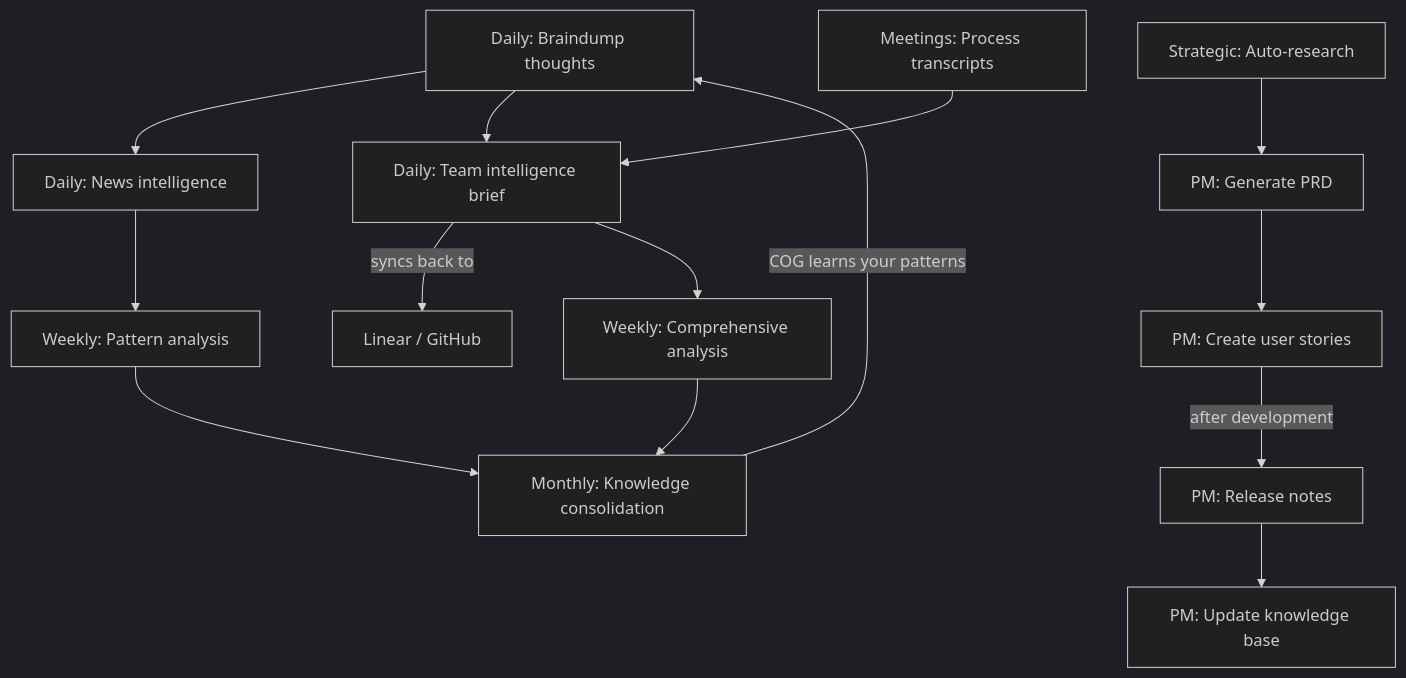
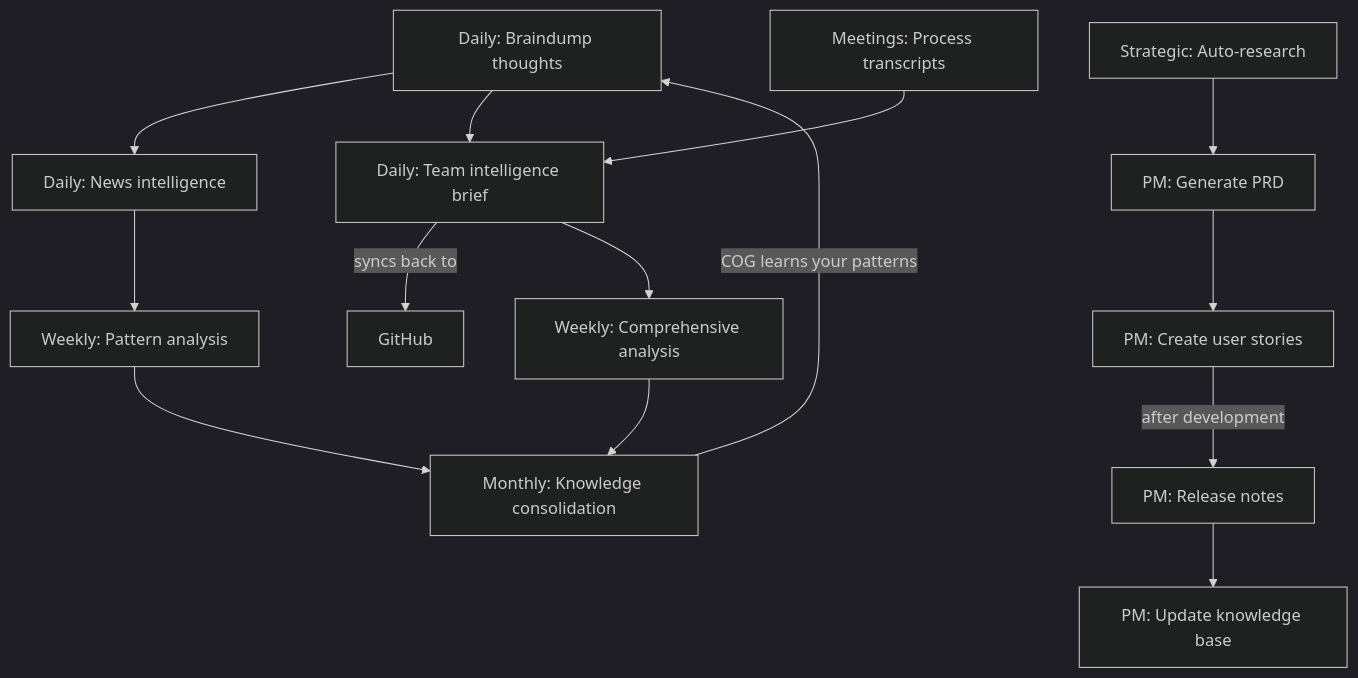
One commit to evanblasband/COG-second-brain changed the second of 2 diagrams in README.md. Above: the diagram before and after it, drawn with Mermaid (dark theme). The commit also changed other lines of this file, not shown here.

````diff
--- a/README.md
+++ b/README.md
@@ -139,16 +172,16 @@
 ```mermaid
 graph TD
     A[Daily: Braindump thoughts] --> B[Daily: News intelligence]
     A --> T[Daily: Team intelligence brief]
     M[Meetings: Process transcripts] --> T
-    T -- syncs back to --> L[Linear / GitHub]
+    T -- syncs back to --> L[GitHub]
     B --> C[Weekly: Pattern analysis]
     T --> CA[Weekly: Comprehensive analysis]
     C --> D[Monthly: Knowledge consolidation]
     CA --> D
     D -- COG learns your patterns --> A
     R[Strategic: Auto-research] --> P[PM: Generate PRD]
     P --> S[PM: Create user stories]
     S -- after development --> RN[PM: Release notes]
     RN --> KB[PM: Update knowledge base]
 ```
````
